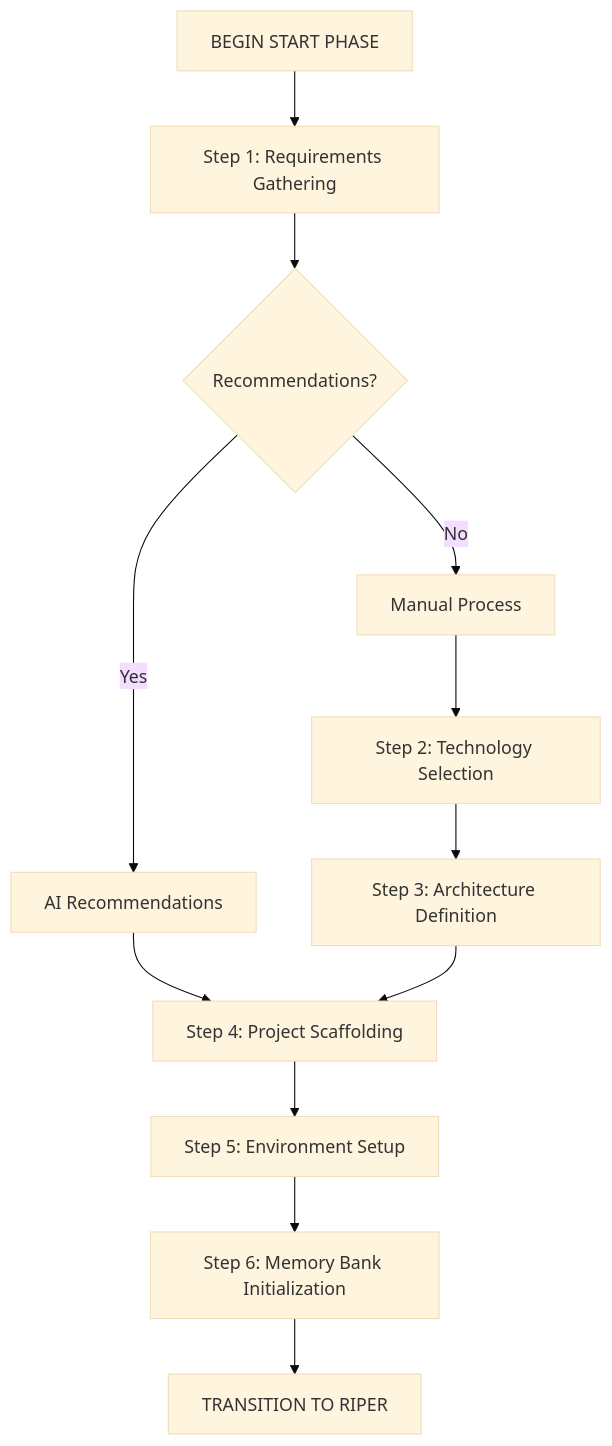
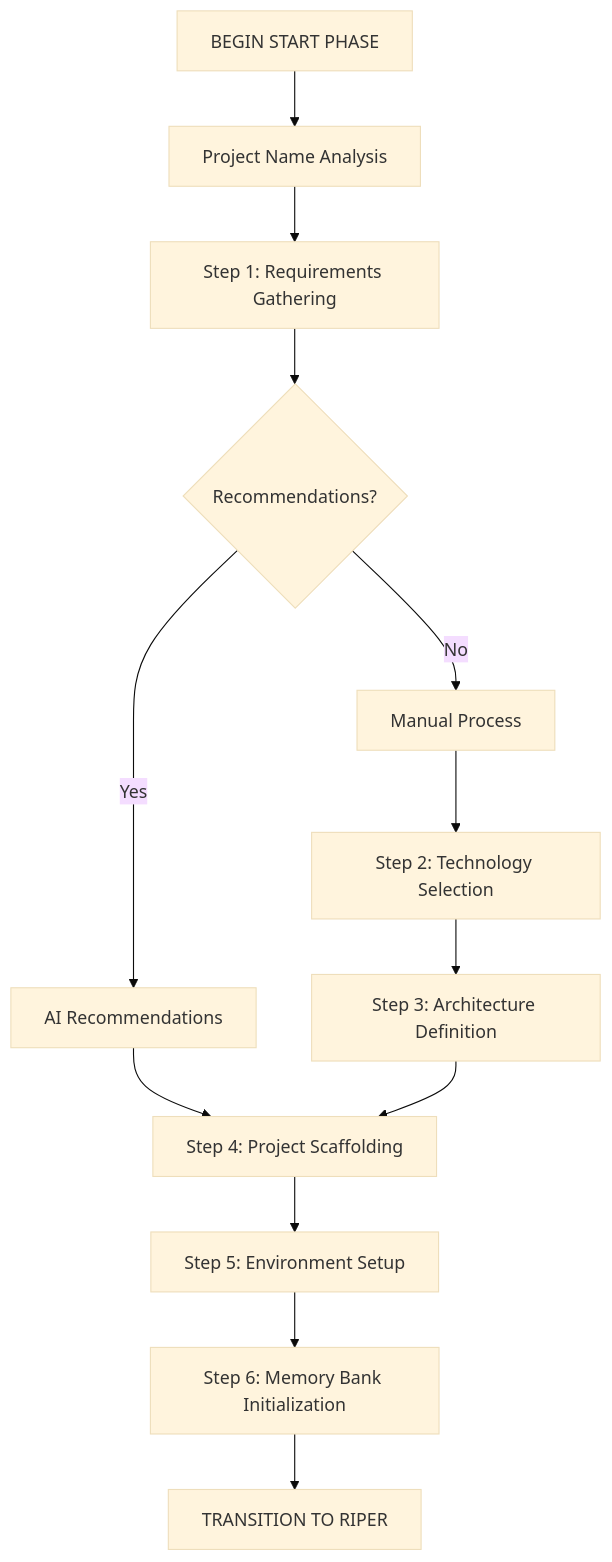
One commit to johnpeterman72/cursor_memory_riper_framework changed the diagram in start-phase-framework.md. Above: the diagram before and after it, drawn with Mermaid (base theme). The commit also changed other lines of this file, not shown here.

First line of the commit message:
Update start-phase-framework.md

````diff
--- a/start-phase-framework.md
+++ b/start-phase-framework.md
@@ -15,14 +15,15 @@
 ```mermaid
 flowchart TD
-    Start[BEGIN START PHASE] --> Req[Step 1: Requirements Gathering]
+    Start[BEGIN START PHASE] --> Analyze[Project Name Analysis]
+    Analyze --> Req[Step 1: Requirements Gathering]
     Req --> Decision{Recommendations?}
     Decision -->|Yes| AutoRecs[AI Recommendations]
     Decision -->|No| Manual[Manual Process]
     AutoRecs --> Scaffold[Step 4: Project Scaffolding]
     Manual --> Tech[Step 2: Technology Selection]
     Tech --> Arch[Step 3: Architecture Definition]
     Arch --> Scaffold
     Scaffold --> Setup[Step 5: Environment Setup]
     Setup --> Memory[Step 6: Memory Bank Initialization]
     Memory --> End[TRANSITION TO RIPER]
 ```
````
